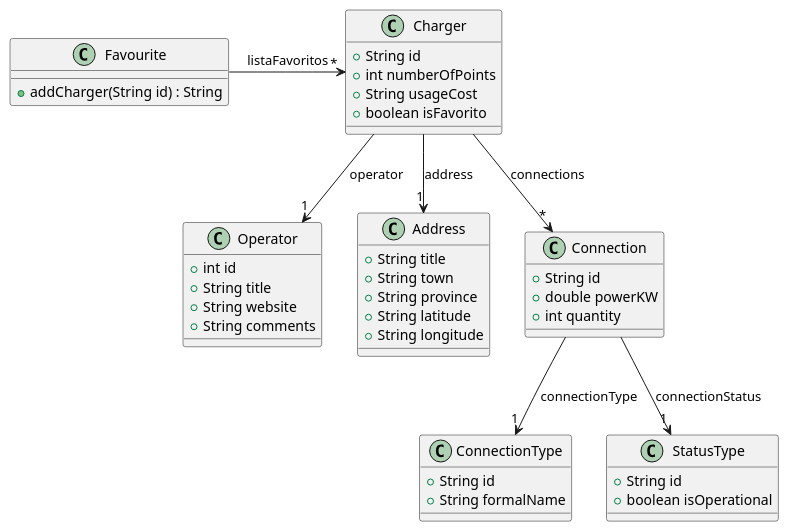
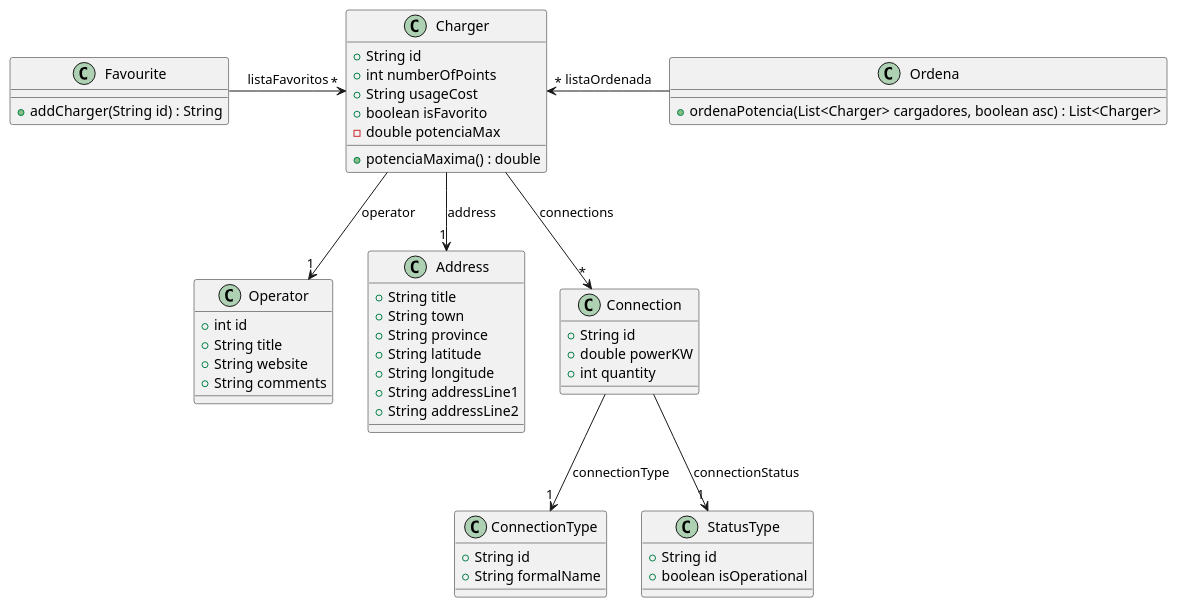
Before and after one commit to isunican/App-CarChargers-Grupo2: the diagram in Docs/Models/dominio.puml, drawn with PlantUML.

```diff
--- a/Docs/Models/dominio.puml
+++ b/Docs/Models/dominio.puml
@@ -1,55 +1,64 @@
 @startuml dominio
 
 class Charger {
     + String id
     + int numberOfPoints
     + String usageCost
     + boolean isFavorito
+    - double potenciaMax
+    + potenciaMaxima() : double
 }
 
 class Operator {
     + int id
     + String title
     + String website
     + String comments
 }
 
 class Address {
     + String title
     + String town
     + String province
     + String latitude
     + String longitude
+    + String addressLine1
+    + String addressLine2
 }
 
 class Favourite {
     + addCharger(String id) : String
 }
 
 class Connection {
     + String id
     + double powerKW
     + int quantity
 }
 
 class ConnectionType {
     + String id
     + String formalName
 }
 
 class StatusType {
     + String id
     + boolean isOperational
 }
 
+class Ordena {
+    +ordenaPotencia(List<Charger> cargadores, boolean asc) : List<Charger>
+}
 
 Charger -down-> "1" Address : address
 Charger -down-> "1" Operator : operator
 Charger -down-> "*" Connection : connections
 
 Favourite -right-> "*" Charger: listaFavoritos
 
+Ordena -left-> "*" Charger: listaOrdenada
+
 Connection -down-> "1" ConnectionType : connectionType
 Connection -down-> "1" StatusType : connectionStatus
 
 @enduml
```
